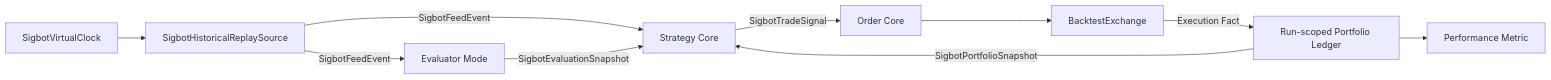
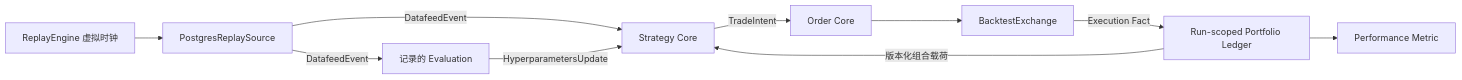
One commit to sigbot-labs/sigbot-core changed the diagram in docs/architecture/engine/backtest/overview_ZH.md. Above: the diagram before and after it, drawn with Mermaid. The commit also changed other lines of this file and 40 other files, not shown here.

Commit message:
Align architecture docs with implemented runtime boundaries

````diff
--- a/docs/architecture/engine/backtest/overview_ZH.md
+++ b/docs/architecture/engine/backtest/overview_ZH.md
@@ -14,12 +14,12 @@
 ```mermaid
 flowchart LR
-    Clock[SigbotVirtualClock] --> Replay[SigbotHistoricalReplaySource]
-    Replay -->|SigbotFeedEvent| Eval[Evaluator Mode]
-    Replay -->|SigbotFeedEvent| Strategy[Strategy Core]
-    Eval -->|SigbotEvaluationSnapshot| Strategy
-    Strategy -->|SigbotTradeSignal| Order[Order Core]
+    Clock[ReplayEngine 虚拟时钟] --> Replay[PostgresReplaySource]
+    Replay -->|DatafeedEvent| Eval[记录的 Evaluation]
+    Replay -->|DatafeedEvent| Strategy[Strategy Core]
+    Eval -->|HyperparametersUpdate| Strategy
+    Strategy -->|TradeIntent| Order[Order Core]
     Order --> Sim[BacktestExchange]
     Sim -->|Execution Fact| Ledger[Run-scoped Portfolio Ledger]
-    Ledger -->|SigbotPortfolioSnapshot| Strategy
+    Ledger -->|版本化组合载荷| Strategy
     Ledger --> Metrics[Performance Metric]
 ```
````
